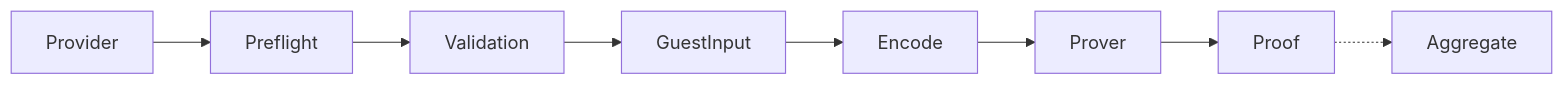
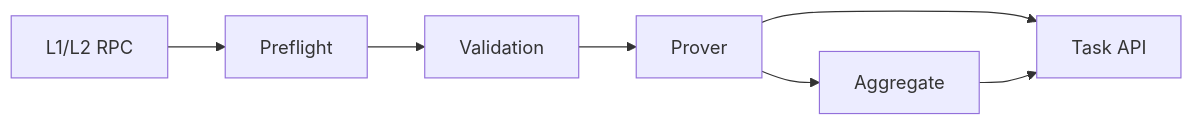
One commit to taikoxyz/raiko2 changed the diagram in README.md. Above: the diagram before and after it, drawn with Mermaid. The commit also changed other lines of this file and 278 other files, not shown here.

````diff
--- a/README.md
+++ b/README.md
@@ -83,10 +56,9 @@
 ```mermaid
 flowchart LR
-  P["Provider"] --> PF["Preflight"]
+  RPC["L1/L2 RPC"] --> PF["Preflight"]
   PF --> VA["Validation"]
-  VA --> GI["GuestInput"]
-  GI --> EN["Encode"]
-  EN --> PR["Prover"]
-  PR --> PO["Proof"]
-  PO -.-> AG["Aggregate"]
+  VA --> PR["Prover"]
+  PR --> AG["Aggregate"]
+  PR --> API["Task API"]
+  AG --> API
 ```
````
